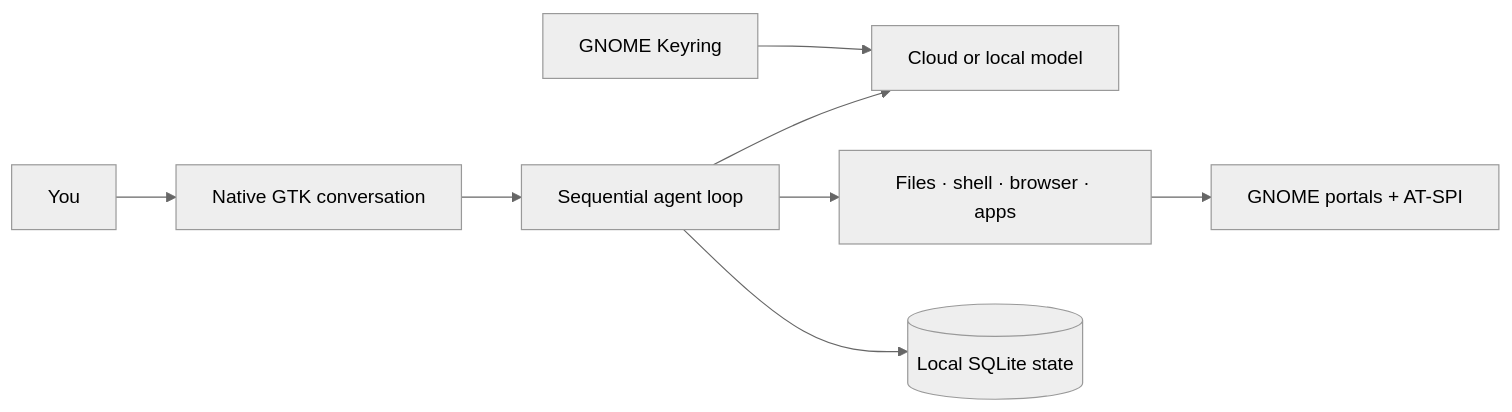
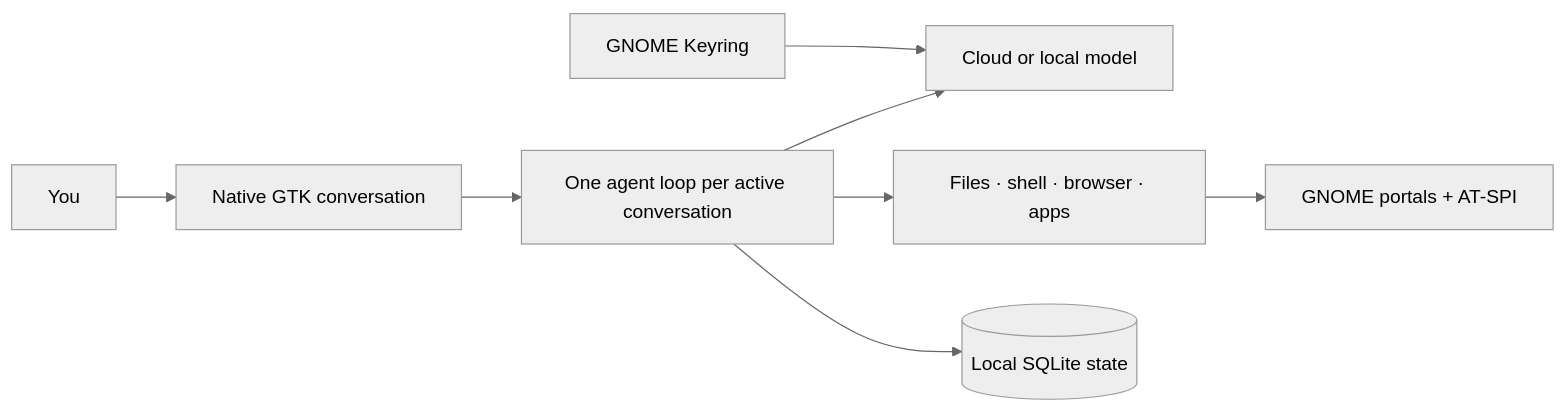
One commit to VincentAZ/Desktop-Buddy changed the diagram in README.md. Above: the diagram before and after it, drawn with Mermaid (neutral theme). The commit also changed other lines of this file and 15 other files, not shown here.

````diff
--- a/README.md
+++ b/README.md
@@ -109,10 +116,10 @@
 ```mermaid
 flowchart LR
     You[You] --> UI[Native GTK conversation]
-    UI --> Agent[Sequential agent loop]
+    UI --> Agent[One agent loop per active conversation]
     Agent --> Models[Cloud or local model]
     Agent --> Tools[Files · shell · browser · apps]
     Tools --> Linux[GNOME portals + AT-SPI]
     Agent --> State[(Local SQLite state)]
     Keys[GNOME Keyring] --> Models
 ```
````
